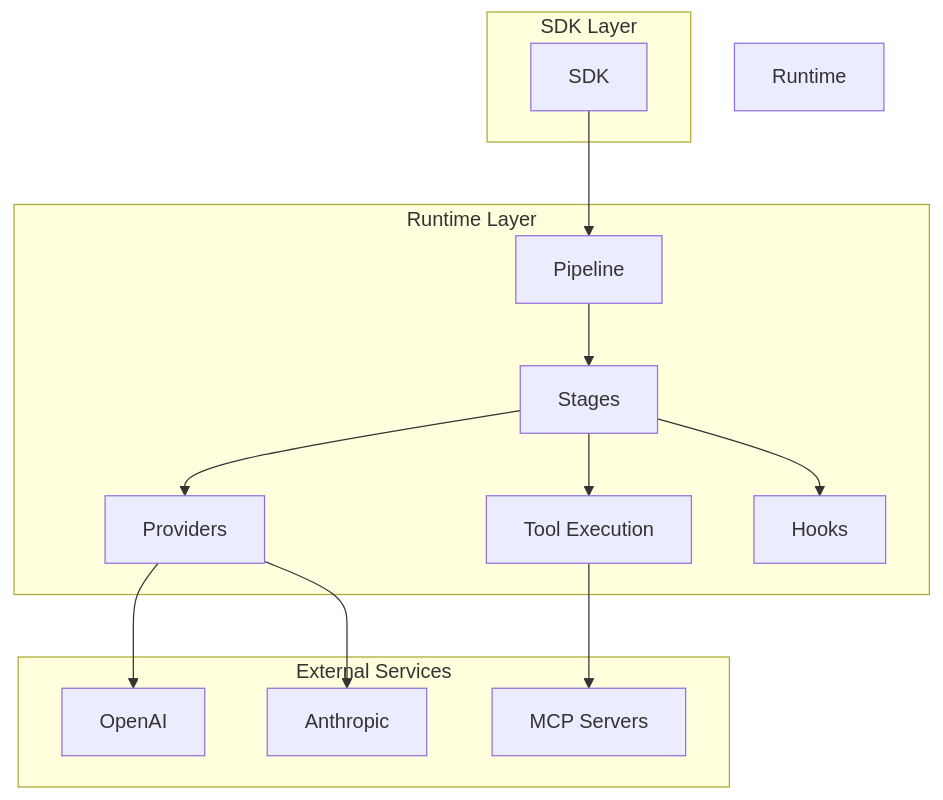
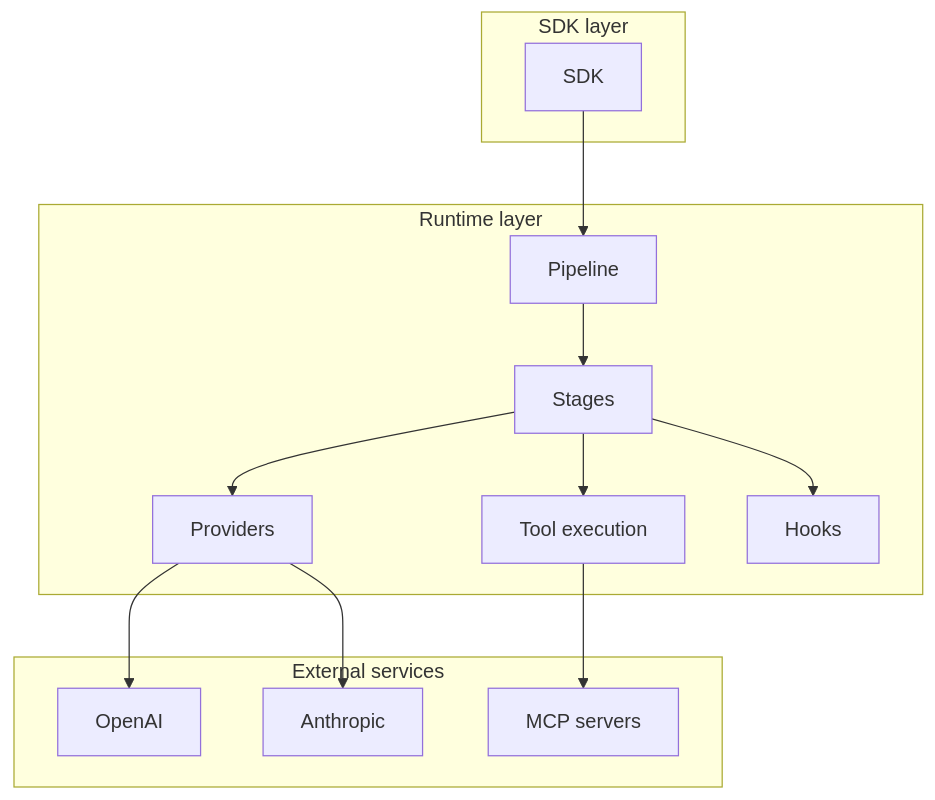
The diagram in docs/src/content/docs/runtime/index.md (AltairaLabs/PromptKit), drawn with Mermaid before and after one commit. The commit also changed other lines of this file and 26 other files, not shown here.

````diff
--- a/docs/src/content/docs/runtime/index.md
+++ b/docs/src/content/docs/runtime/index.md
@@ -198,32 +110,30 @@
 ```mermaid
 graph TB
-    subgraph "SDK Layer"
+    subgraph "SDK layer"
         SDK[SDK]
     end
 
-    subgraph "Runtime Layer"
+    subgraph "Runtime layer"
         Pipeline[Pipeline]
         Stages[Stages]
         Providers[Providers]
-        Tools[Tool Execution]
+        Tools[Tool execution]
         Hooks[Hooks]
     end
 
-    subgraph "External Services"
+    subgraph "External services"
         OpenAI[OpenAI]
         Anthropic[Anthropic]
-        MCP[MCP Servers]
+        MCP[MCP servers]
     end
 
     SDK --> Pipeline
     Pipeline --> Stages
     Stages --> Providers
     Stages --> Tools
     Stages --> Hooks
 
     Providers --> OpenAI
     Providers --> Anthropic
     Tools --> MCP
-
-    style Runtime Layer fill:#f3e5f5
 ```
````
